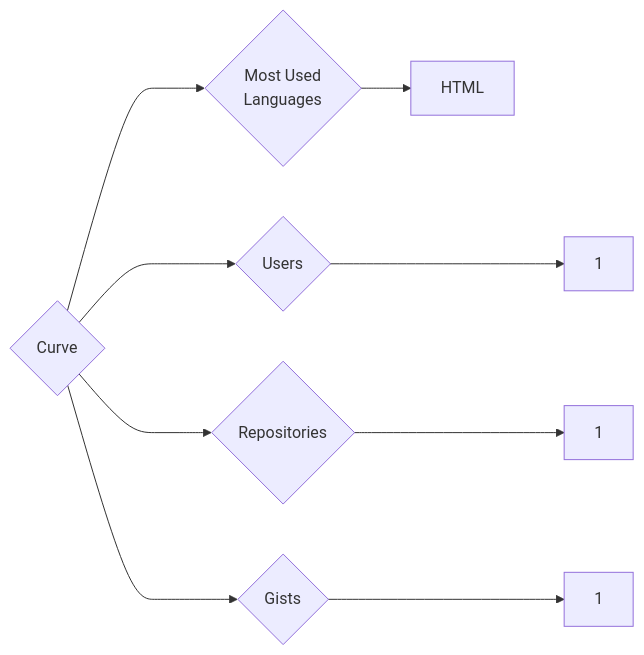
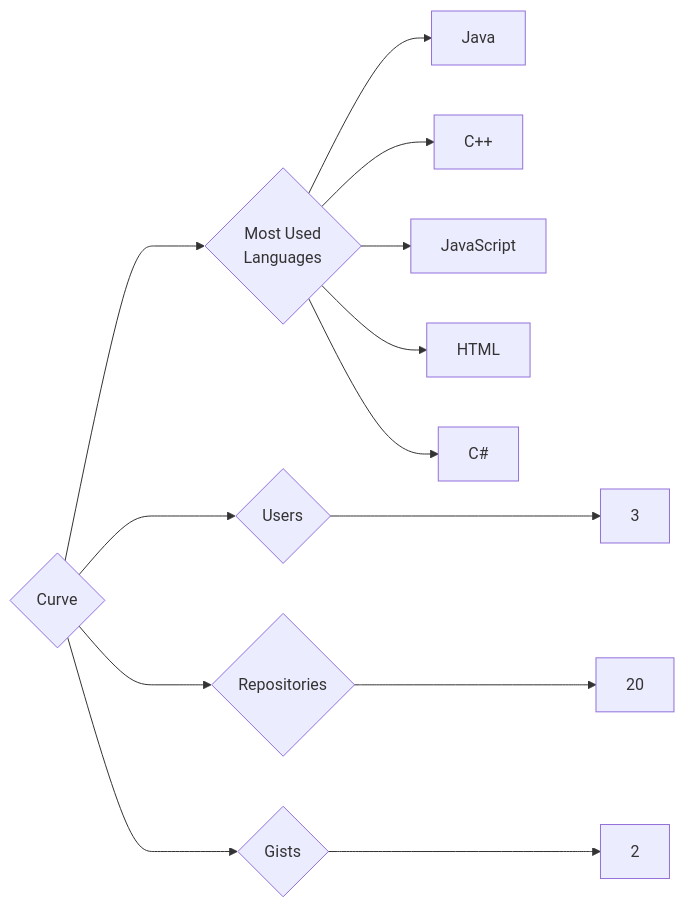
The diagram in targets/Curve/README.md (trickest/insiders), drawn with Mermaid before and after one commit. The commit also changed 935 other files, not shown here.

````diff
--- a/targets/Curve/README.md
+++ b/targets/Curve/README.md
@@ -3,9 +3,13 @@
 ```mermaid
 graph LR
 COMPANY_NAME{Curve}
-COMPANY_NAME ---> U{Users} ---> UN[1]
-COMPANY_NAME ---> R{Repositories} ---> RN[1]
-COMPANY_NAME ---> G{Gists} ---> GN[1]
+COMPANY_NAME ---> U{Users} ---> UN[3]
+COMPANY_NAME ---> R{Repositories} ---> RN[20]
+COMPANY_NAME ---> G{Gists} ---> GN[2]
 COMPANY_NAME ---> ML{Most Used<br>Languages}
+ML --> Java[Java]
+ML --> C++[C++]
+ML --> JavaScript[JavaScript]
 ML --> HTML[HTML]
+ML --> C#[C#]
 ```
````
